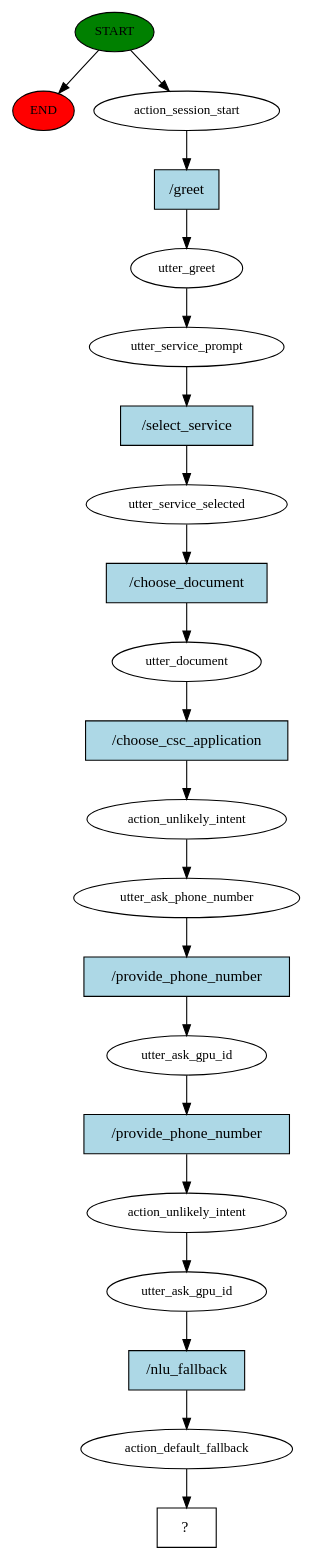
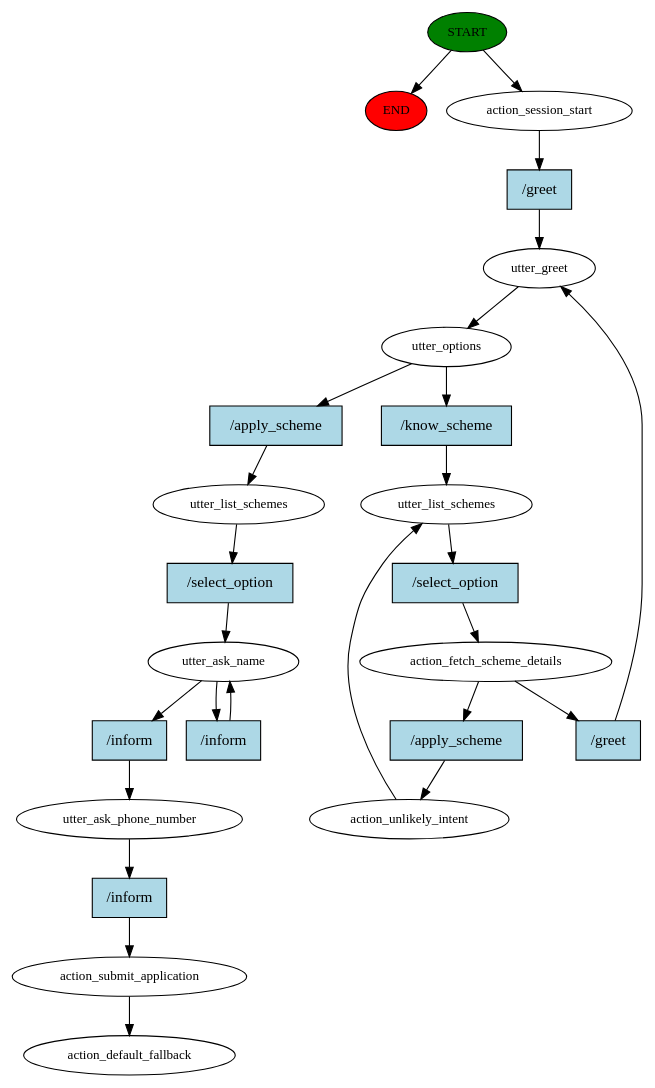
One commit to pulkitbalhara/SajiloSewak changed the diagram in story_graph.dot. Above: the diagram before and after it, drawn with Graphviz. The commit also changed 8 other files, not shown here.

```diff
--- a/story_graph.dot
+++ b/story_graph.dot
@@ -1,43 +1,50 @@
 digraph  {
 0 [class="start active", fillcolor=green, fontsize=12, label=START, style=filled];
 "-1" [class=end, fillcolor=red, fontsize=12, label=END, style=filled];
 1 [class=active, fontsize=12, label=action_session_start];
 2 [class=active, fontsize=12, label=utter_greet];
-3 [class=active, fontsize=12, label=utter_service_prompt];
-4 [class=active, fontsize=12, label=utter_service_selected];
-5 [class=active, fontsize=12, label=utter_document];
-6 [class=active, fontsize=12, label=action_unlikely_intent];
-7 [class=active, fontsize=12, label=utter_ask_phone_number];
-8 [class=active, fontsize=12, label=utter_ask_gpu_id];
-9 [class=active, fontsize=12, label=action_unlikely_intent];
-10 [class=active, fontsize=12, label=utter_ask_gpu_id];
-11 [class=active, fontsize=12, label=action_default_fallback];
-12 [class="intent dashed active", label="  ?  ", shape=rect];
-13 [class="intent active", fillcolor=lightblue, label="/greet", shape=rect, style=filled];
-14 [class="intent active", fillcolor=lightblue, label="/select_service", shape=rect, style=filled];
-15 [class="intent active", fillcolor=lightblue, label="/choose_document", shape=rect, style=filled];
-16 [class="intent active", fillcolor=lightblue, label="/choose_csc_application", shape=rect, style=filled];
-17 [class="intent active", fillcolor=lightblue, label="/provide_phone_number", shape=rect, style=filled];
-18 [class="intent active", fillcolor=lightblue, label="/provide_phone_number", shape=rect, style=filled];
-19 [class="intent active", fillcolor=lightblue, label="/nlu_fallback", shape=rect, style=filled];
+3 [class=active, fontsize=12, label=utter_options];
+4 [class=active, fontsize=12, label=utter_list_schemes];
+5 [class=active, fontsize=12, label=action_fetch_scheme_details];
+10 [class=active, fontsize=12, label=action_unlikely_intent];
+15 [class=active, fontsize=12, label=utter_list_schemes];
+16 [class=active, fontsize=12, label=utter_ask_name];
+18 [class=active, fontsize=12, label=utter_ask_phone_number];
+19 [class=active, fontsize=12, label=action_submit_application];
+20 [class="dashed active", fontsize=12, label=action_default_fallback];
+21 [class="intent active", fillcolor=lightblue, label="/greet", shape=rect, style=filled];
+22 [class="intent active", fillcolor=lightblue, label="/know_scheme", shape=rect, style=filled];
+23 [class="intent active", fillcolor=lightblue, label="/apply_scheme", shape=rect, style=filled];
+24 [class="intent active", fillcolor=lightblue, label="/select_option", shape=rect, style=filled];
+25 [class="intent active", fillcolor=lightblue, label="/greet", shape=rect, style=filled];
+26 [class="intent active", fillcolor=lightblue, label="/apply_scheme", shape=rect, style=filled];
+27 [class="intent active", fillcolor=lightblue, label="/select_option", shape=rect, style=filled];
+28 [class="intent active", fillcolor=lightblue, label="/inform", shape=rect, style=filled];
+29 [class="intent active", fillcolor=lightblue, label="/inform", shape=rect, style=filled];
+30 [class="intent active", fillcolor=lightblue, label="/inform", shape=rect, style=filled];
 0 -> "-1"  [class="", key=NONE, label=""];
 0 -> 1  [class=active, key=NONE, label=""];
-1 -> 13  [class=active, key=0];
+1 -> 21  [class=active, key=0];
 2 -> 3  [class=active, key=NONE, label=""];
-3 -> 14  [class=active, key=0];
-4 -> 15  [class=active, key=0];
-5 -> 16  [class=active, key=0];
-6 -> 7  [class=active, key=NONE, label=""];
-7 -> 17  [class=active, key=0];
-8 -> 18  [class=active, key=0];
-9 -> 10  [class=active, key=NONE, label=""];
-10 -> 19  [class=active, key=0];
-11 -> 12  [class=active, key=NONE, label=""];
-13 -> 2  [class=active, key=0];
-14 -> 4  [class=active, key=0];
-15 -> 5  [class=active, key=0];
-16 -> 6  [class=active, key=0];
-17 -> 8  [class=active, key=0];
-18 -> 9  [class=active, key=0];
-19 -> 11  [class=active, key=0];
+3 -> 22  [class=active, key=0];
+3 -> 23  [class=active, key=0];
+4 -> 24  [class=active, key=0];
+5 -> 25  [class=active, key=0];
+5 -> 26  [class=active, key=0];
+10 -> 4  [class=active, key=NONE, label=""];
+15 -> 27  [class=active, key=0];
+16 -> 28  [class=active, key=0];
+16 -> 29  [class=active, key=0];
+18 -> 30  [class=active, key=0];
+19 -> 20  [class=active, key=NONE, label=""];
+21 -> 2  [class=active, key=0];
+22 -> 4  [class=active, key=0];
+23 -> 15  [class=active, key=0];
+24 -> 5  [class=active, key=0];
+25 -> 2  [class=active, key=0];
+26 -> 10  [class=active, key=0];
+27 -> 16  [class=active, key=0];
+28 -> 18  [class=active, key=0];
+29 -> 16  [class=active, key=0];
+30 -> 19  [class=active, key=0];
 }
```
